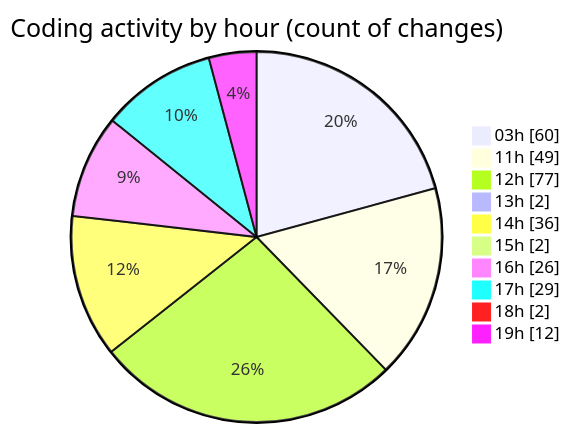
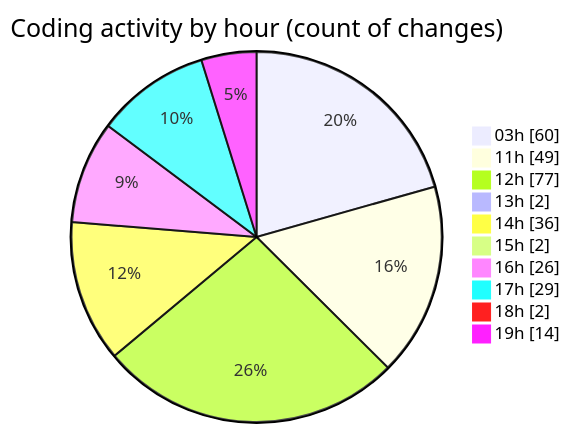
One commit to Ritupan-Deka/code-tracking changed the second of 2 diagrams in 2025-07-02/mern-thinkboard/README.md. Above: the diagram before and after it, drawn with Mermaid. The commit also changed other lines of this file and 1 other file, not shown here.

````diff
--- a/2025-07-02/mern-thinkboard/README.md
+++ b/2025-07-02/mern-thinkboard/README.md
@@ -41,14 +41,14 @@
 ```mermaid
 pie showData
 title Coding activity by hour (count of changes)
 "03h" : 60
 "11h" : 49
 "12h" : 77
 "13h" : 2
 "14h" : 36
 "15h" : 2
 "16h" : 26
 "17h" : 29
 "18h" : 2
-"19h" : 12
+"19h" : 14
 ```
````
